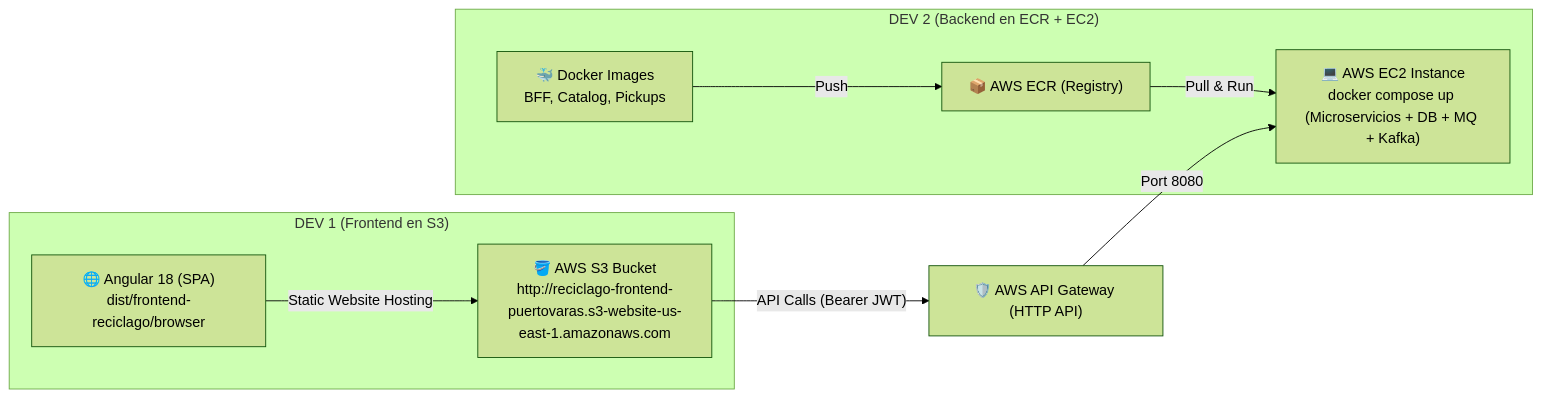
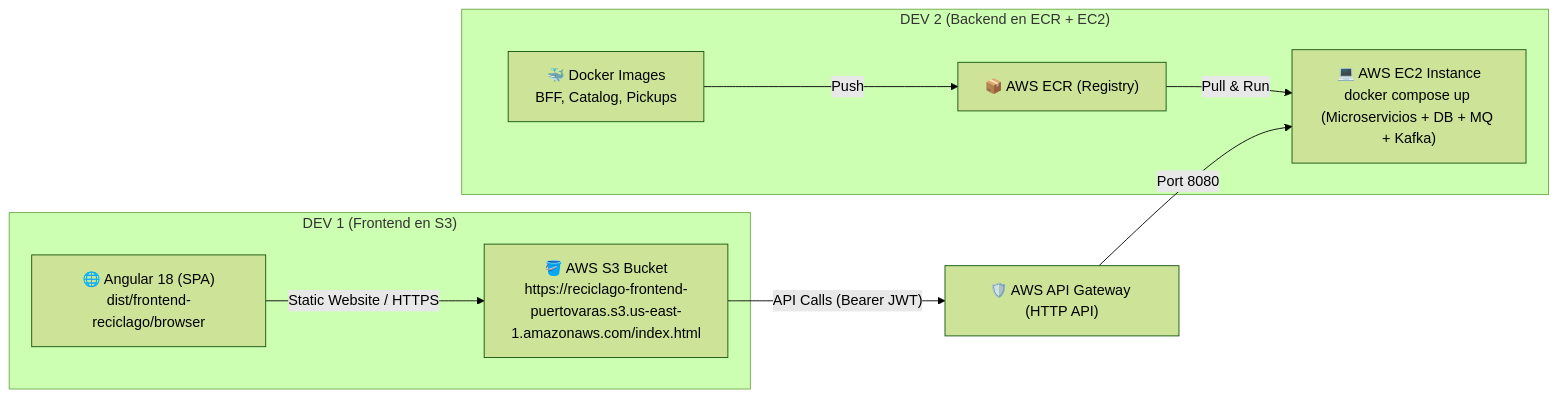
One commit to kr0zapps/reciclago-cloud-nativo changed the third of 4 diagrams in ruta_trabajo.md. Above: the diagram before and after it, drawn with Mermaid (forest theme). The commit also changed 1 other file, not shown here.

Commit message:
docs: update production S3 URL to HTTPS with /index.html in README and ruta_trabajo

````diff
--- a/ruta_trabajo.md
+++ b/ruta_trabajo.md
@@ -323,14 +323,14 @@
 ```mermaid
 graph LR
     subgraph "DEV 1 (Frontend en S3)"
-        Angular["🌐 Angular 18 (SPA)<br>dist/frontend-reciclago/browser"] -->|"Static Website Hosting"| S3["🪣 AWS S3 Bucket<br>http://reciclago-frontend-puertovaras.s3-website-us-east-1.amazonaws.com"]
+        Angular["🌐 Angular 18 (SPA)<br>dist/frontend-reciclago/browser"] -->|"Static Website / HTTPS"| S3["🪣 AWS S3 Bucket<br>https://reciclago-frontend-puertovaras.s3.us-east-1.amazonaws.com/index.html"]
     end
 
     subgraph "DEV 2 (Backend en ECR + EC2)"
         Docker["🐳 Docker Images<br>BFF, Catalog, Pickups"] -->|"Push"| ECR["📦 AWS ECR (Registry)"]
         ECR -->|"Pull & Run"| EC2["💻 AWS EC2 Instance<br>docker compose up (Microservicios + DB + MQ + Kafka)"]
     end
 
     S3 -->|"API Calls (Bearer JWT)"| APIGW["🛡️ AWS API Gateway (HTTP API)"]
     APIGW -->|"Port 8080"| EC2
 ```
````
